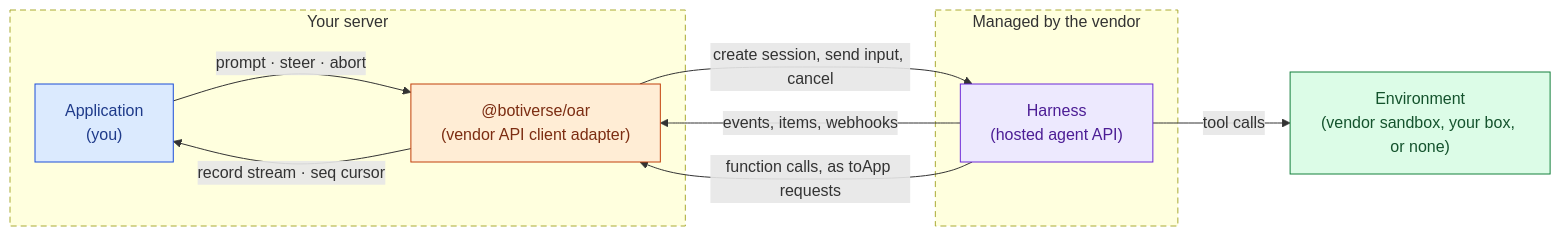
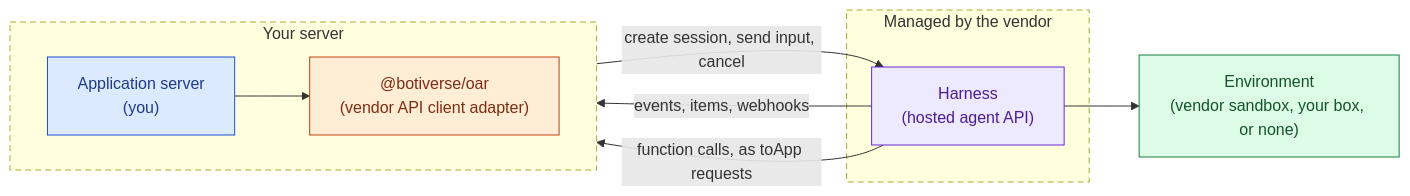
One commit to botiverse/oar changed diagram 11 of 12 in docs/design/patterns.md. Above: the diagram before and after it, drawn with Mermaid. The commit also changed other lines of this file and 1 other file, not shown here.

First line of the commit message:
docs(design): rewrite deployment patterns around the client and server split

````diff
--- a/docs/design/patterns.md
+++ b/docs/design/patterns.md
@@ -817,23 +898,23 @@
 ```mermaid
 flowchart LR
-  subgraph app["Your server"]
-    App["Application<br/>(you)"]:::app
+  subgraph server["Your server"]
+    direction LR
+    App["Application server<br/>(you)"]:::app
     Oar["@botiverse/oar<br/>(vendor API client adapter)"]:::oar
+    App --> Oar
   end
   subgraph vendor["Managed by the vendor"]
     Harness["Harness<br/>(hosted agent API)"]:::harness
   end
   Env["Environment<br/>(vendor sandbox, your box, or none)"]:::env
-  App -- "prompt · steer · abort" --> Oar
-  Oar -- "record stream · seq cursor" --> App
   Oar -- "create session, send input, cancel" --> Harness
   Harness -- "events, items, webhooks" --> Oar
-  Harness -- "tool calls" --> Env
   Harness -- "function calls, as toApp requests" --> Oar
-  style app stroke-dasharray: 6 4
+  Harness --> Env
+  style server stroke-dasharray: 6 4
   style vendor stroke-dasharray: 6 4
   classDef app fill:#dbeafe,stroke:#1d4ed8,color:#1e3a8a
   classDef harness fill:#ede9fe,stroke:#6d28d9,color:#4c1d95
   classDef env fill:#dcfce7,stroke:#15803d,color:#14532d
   classDef oar fill:#ffedd5,stroke:#c2410c,color:#7c2d12
 ```
````
